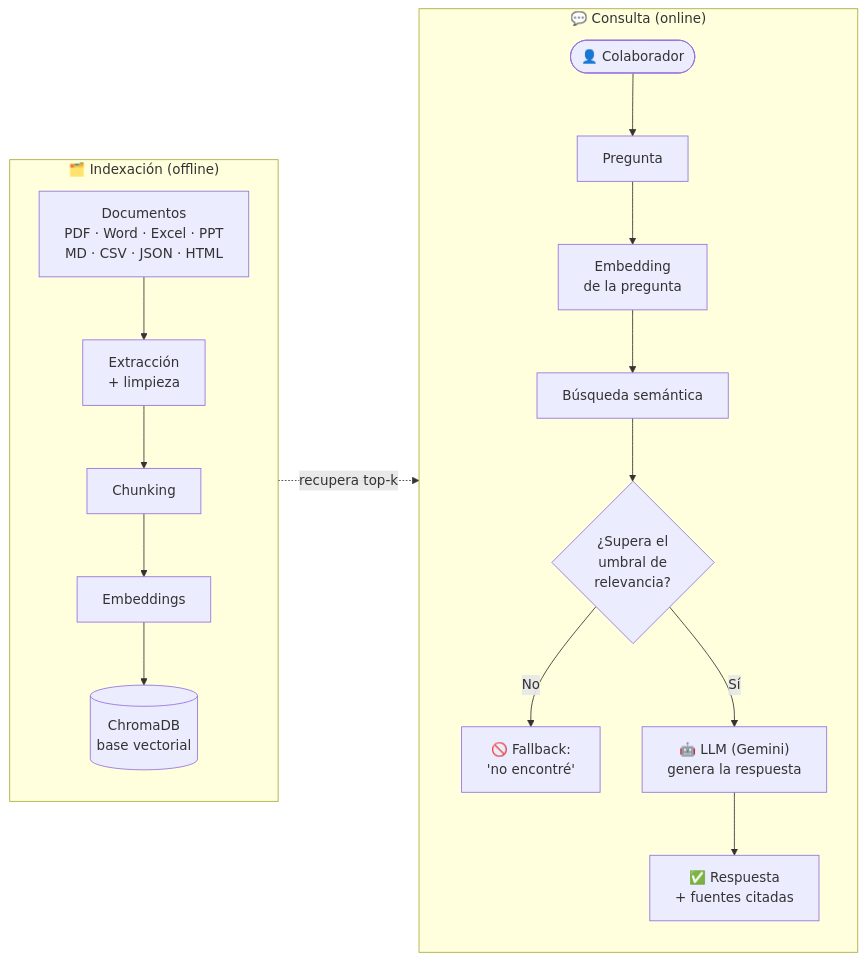
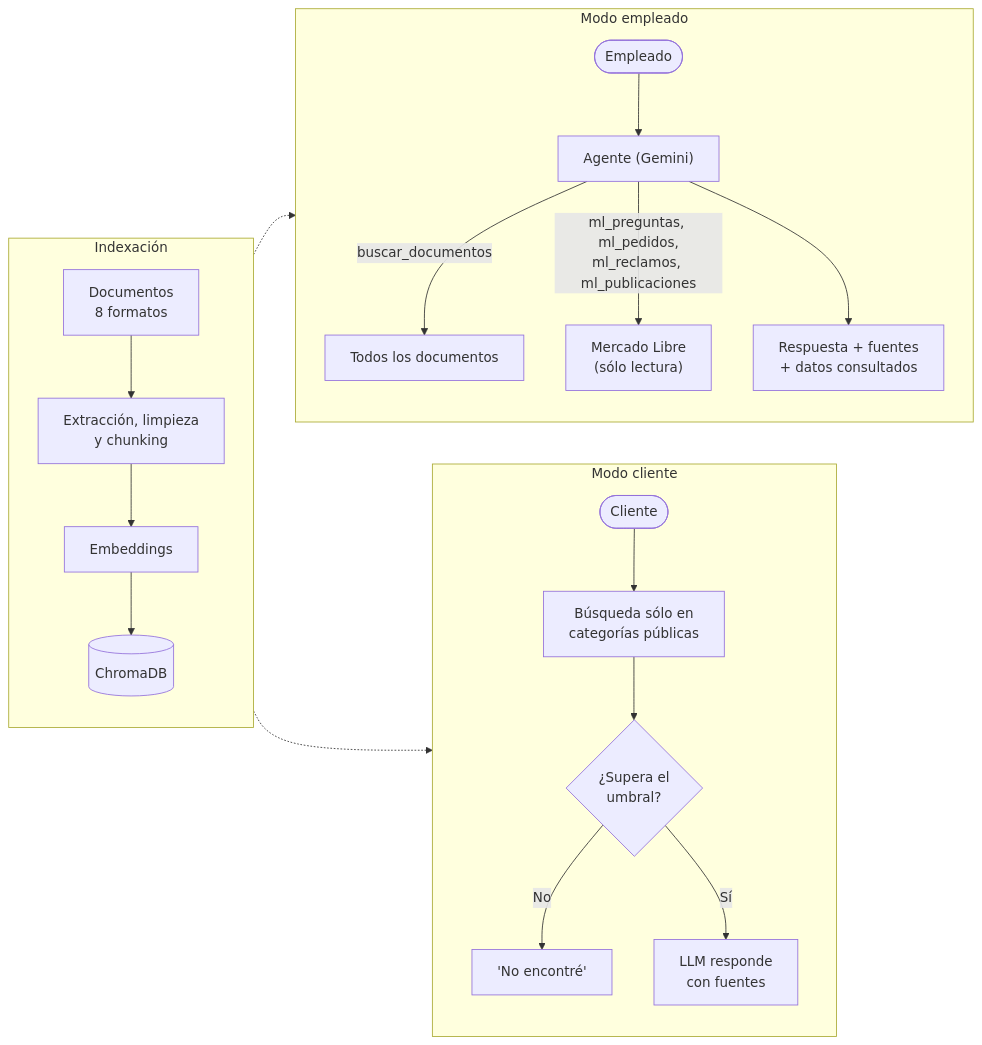
The diagram in README.md (LeandroMelchiori/techretai_asistente_rag_corporativo), drawn with Mermaid before and after one commit. The commit also changed other lines of this file and 67 other files, not shown here.

First line of the commit message:
TechRetail como tienda de tecnología: modo cliente y modo empleado

````diff
--- a/README.md
+++ b/README.md
@@ -109,23 +127,28 @@
 ```mermaid
 flowchart LR
-    subgraph Indexacion["🗂️ Indexación (offline)"]
+    subgraph Indexacion["Indexación"]
         direction TB
-        D["Documentos<br/>PDF · Word · Excel · PPT<br/>MD · CSV · JSON · HTML"] --> E["Extracción<br/>+ limpieza"]
-        E --> C["Chunking"]
-        C --> EM["Embeddings"]
-        EM --> V[("ChromaDB<br/>base vectorial")]
+        D["Documentos<br/>8 formatos"] --> E["Extracción, limpieza<br/>y chunking"]
+        E --> EM["Embeddings"]
+        EM --> V[("ChromaDB")]
     end
 
-    subgraph Consulta["💬 Consulta (online)"]
+    subgraph Cliente["Modo cliente"]
         direction TB
-        U(["👤 Colaborador"]) --> Q["Pregunta"]
-        Q --> QE["Embedding<br/>de la pregunta"]
-        QE --> BUS["Búsqueda semántica"]
-        BUS --> UMB{"¿Supera el<br/>umbral de<br/>relevancia?"}
-        UMB -->|No| FB["🚫 Fallback:<br/>'no encontré'"]
-        UMB -->|Sí| G["🤖 LLM (Gemini)<br/>genera la respuesta"]
-        G --> A["✅ Respuesta<br/>+ fuentes citadas"]
+        C1(["Cliente"]) --> B1["Búsqueda sólo en<br/>categorías públicas"]
+        B1 --> U1{"¿Supera el<br/>umbral?"}
+        U1 -->|No| F1["'No encontré'"]
+        U1 -->|Sí| G1["LLM responde<br/>con fuentes"]
     end
 
-    V -.recupera top-k.-> BUS
+    subgraph Empleado["Modo empleado"]
+        direction TB
+        C2(["Empleado"]) --> A["Agente (Gemini)"]
+        A -->|buscar_documentos| B2["Todos los documentos"]
+        A -->|ml_preguntas, ml_pedidos,<br/>ml_reclamos, ml_publicaciones| ML["Mercado Libre<br/>(sólo lectura)"]
+        A --> R2["Respuesta + fuentes<br/>+ datos consultados"]
+    end
+
+    V -.-> B1
+    V -.-> B2
 ```
````
